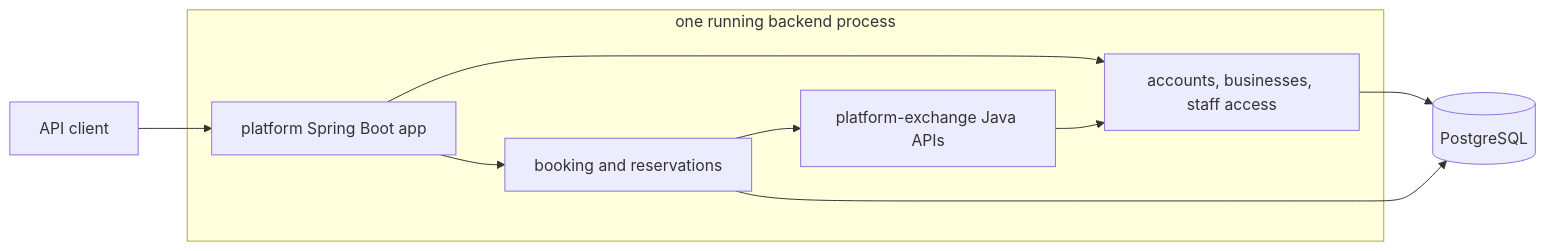
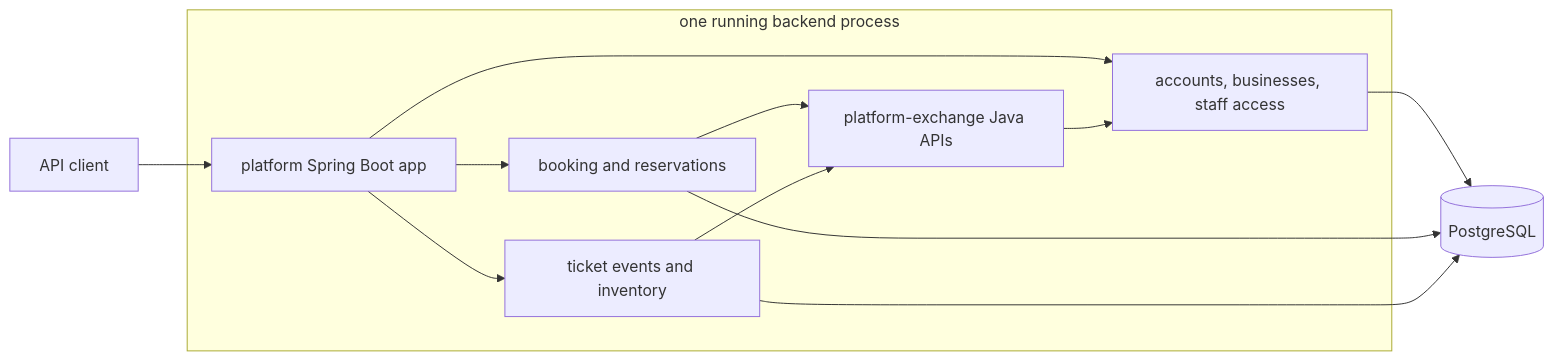
The first of 3 diagrams in README.md (jaeyeopme/resrv), drawn with Mermaid before and after one commit. The commit also changed other lines of this file and 60 other files, not shown here.

First line of the commit message:
feat(ticketing): add event inventory baseline

````diff
--- a/README.md
+++ b/README.md
@@ -51,18 +56,22 @@
 ```mermaid
 flowchart LR
     subgraph runtime[one running backend process]
         app[platform Spring Boot app]
         platform[accounts, businesses, staff access]
         timeslot[booking and reservations]
+        ticketing[ticket events and inventory]
         exchange[platform-exchange Java APIs]
 
         app --> platform
         app --> timeslot
+        app --> ticketing
         timeslot --> exchange
+        ticketing --> exchange
         exchange --> platform
     end
 
     client[API client] --> app
     platform --> db[(PostgreSQL)]
     timeslot --> db
+    ticketing --> db
 ```
````
